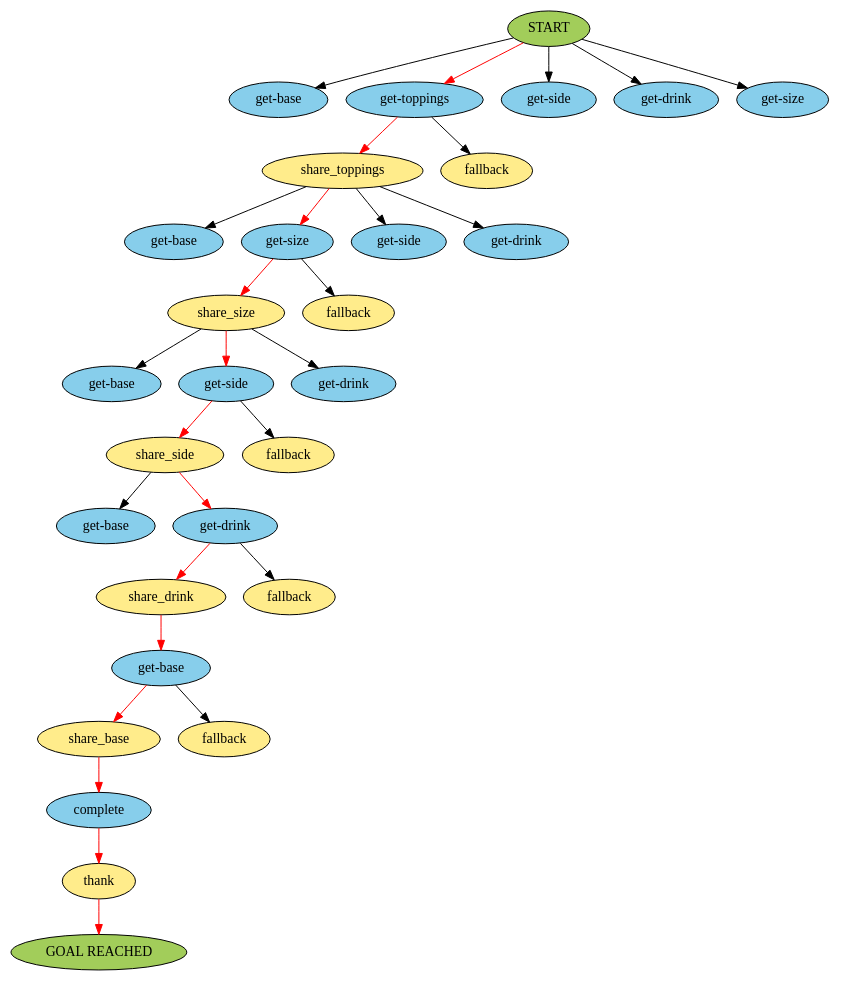
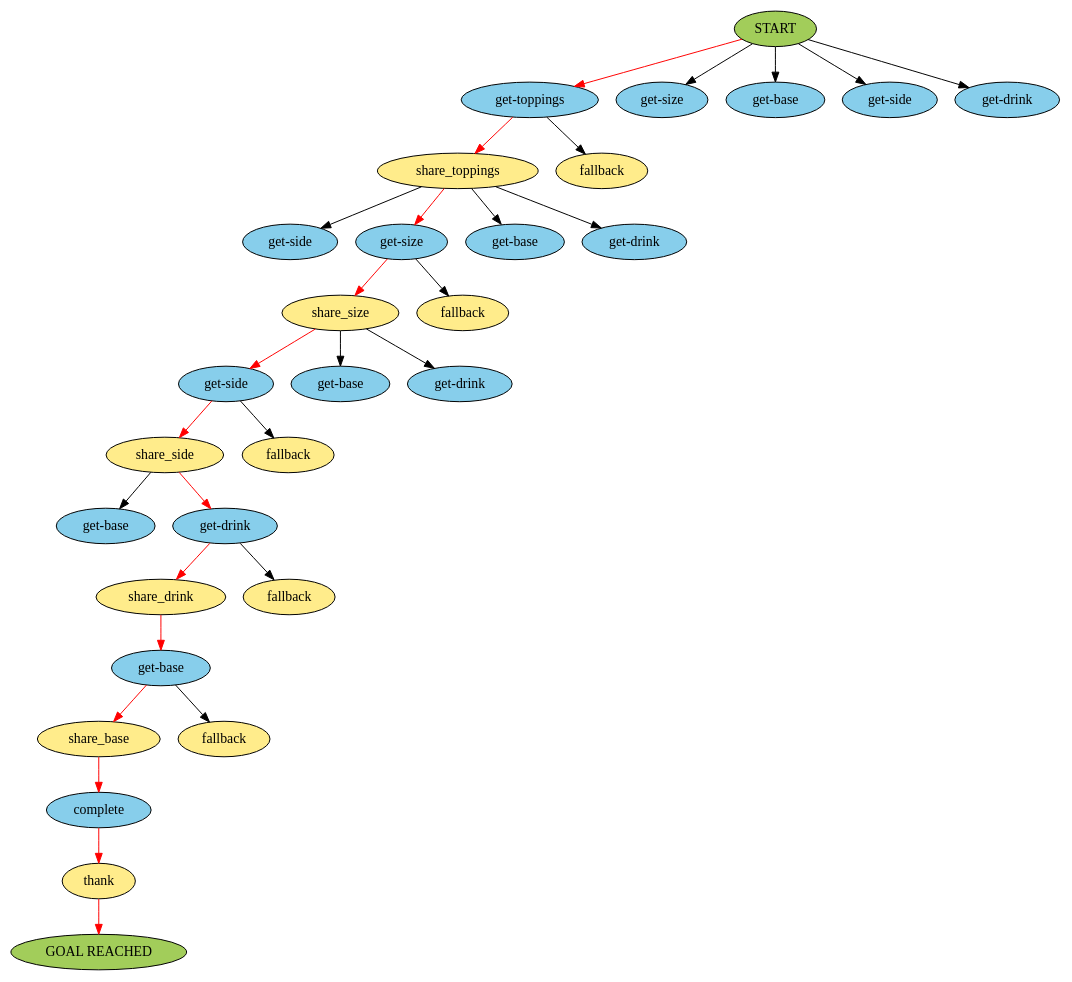
The diagram in rollout.gv (IBM/contingent-plan-executor), drawn with Graphviz before and after one commit. The commit also changed 7 other files, not shown here.

```diff
--- a/rollout.gv
+++ b/rollout.gv
@@ -1,59 +1,59 @@
 digraph {
 	0 [label=START fillcolor=darkolivegreen3 style=filled]
-	1 [label="get-base" fillcolor=skyblue style=filled]
-	0 -> 1 [color=black]
-	2 [label="get-toppings" fillcolor=skyblue style=filled]
-	0 -> 2 [color=red]
-	3 [label="get-side" fillcolor=skyblue style=filled]
+	1 [label="get-toppings" fillcolor=skyblue style=filled]
+	0 -> 1 [color=red]
+	2 [label="get-size" fillcolor=skyblue style=filled]
+	0 -> 2 [color=black]
+	3 [label="get-base" fillcolor=skyblue style=filled]
 	0 -> 3 [color=black]
-	4 [label="get-drink" fillcolor=skyblue style=filled]
+	4 [label="get-side" fillcolor=skyblue style=filled]
 	0 -> 4 [color=black]
-	5 [label="get-size" fillcolor=skyblue style=filled]
+	5 [label="get-drink" fillcolor=skyblue style=filled]
 	0 -> 5 [color=black]
 	6 [label=share_toppings fillcolor=lightgoldenrod1 style=filled]
-	2 -> 6 [color=red]
+	1 -> 6 [color=red]
 	7 [label=fallback fillcolor=lightgoldenrod1 style=filled]
-	2 -> 7 [color=black]
-	8 [label="get-base" fillcolor=skyblue style=filled]
+	1 -> 7 [color=black]
+	8 [label="get-side" fillcolor=skyblue style=filled]
 	6 -> 8 [color=black]
 	9 [label="get-size" fillcolor=skyblue style=filled]
 	6 -> 9 [color=red]
-	10 [label="get-side" fillcolor=skyblue style=filled]
+	10 [label="get-base" fillcolor=skyblue style=filled]
 	6 -> 10 [color=black]
 	11 [label="get-drink" fillcolor=skyblue style=filled]
 	6 -> 11 [color=black]
 	12 [label=share_size fillcolor=lightgoldenrod1 style=filled]
 	9 -> 12 [color=red]
 	13 [label=fallback fillcolor=lightgoldenrod1 style=filled]
 	9 -> 13 [color=black]
-	14 [label="get-base" fillcolor=skyblue style=filled]
-	12 -> 14 [color=black]
-	15 [label="get-side" fillcolor=skyblue style=filled]
-	12 -> 15 [color=red]
+	14 [label="get-side" fillcolor=skyblue style=filled]
+	12 -> 14 [color=red]
+	15 [label="get-base" fillcolor=skyblue style=filled]
+	12 -> 15 [color=black]
 	16 [label="get-drink" fillcolor=skyblue style=filled]
 	12 -> 16 [color=black]
 	17 [label=share_side fillcolor=lightgoldenrod1 style=filled]
-	15 -> 17 [color=red]
+	14 -> 17 [color=red]
 	18 [label=fallback fillcolor=lightgoldenrod1 style=filled]
-	15 -> 18 [color=black]
+	14 -> 18 [color=black]
 	19 [label="get-base" fillcolor=skyblue style=filled]
 	17 -> 19 [color=black]
 	20 [label="get-drink" fillcolor=skyblue style=filled]
 	17 -> 20 [color=red]
 	21 [label=share_drink fillcolor=lightgoldenrod1 style=filled]
 	20 -> 21 [color=red]
 	22 [label=fallback fillcolor=lightgoldenrod1 style=filled]
 	20 -> 22 [color=black]
 	23 [label="get-base" fillcolor=skyblue style=filled]
 	21 -> 23 [color=red]
 	24 [label=share_base fillcolor=lightgoldenrod1 style=filled]
 	23 -> 24 [color=red]
 	25 [label=fallback fillcolor=lightgoldenrod1 style=filled]
 	23 -> 25 [color=black]
 	26 [label=complete fillcolor=skyblue style=filled]
 	24 -> 26 [color=red]
 	27 [label=thank fillcolor=lightgoldenrod1 style=filled]
 	26 -> 27 [color=red]
 	28 [label="GOAL REACHED" fillcolor=darkolivegreen3 style=filled]
 	27 -> 28 [color=red]
 }
```
